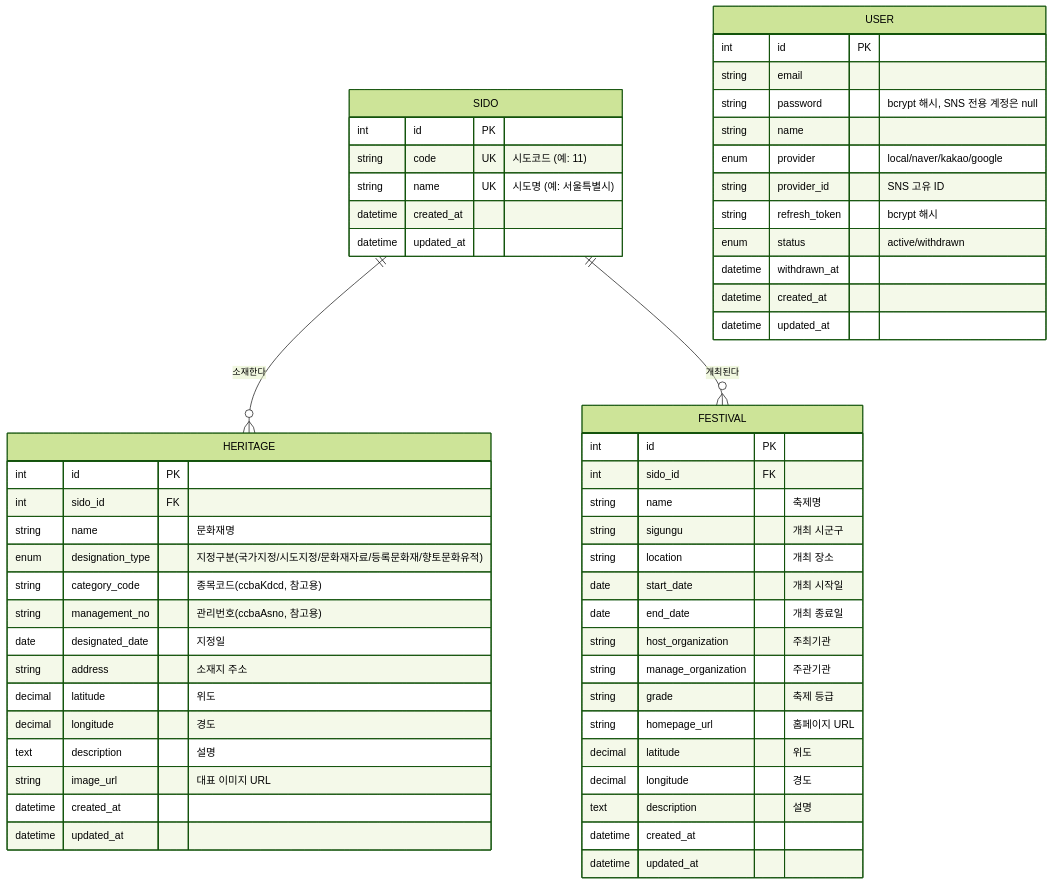
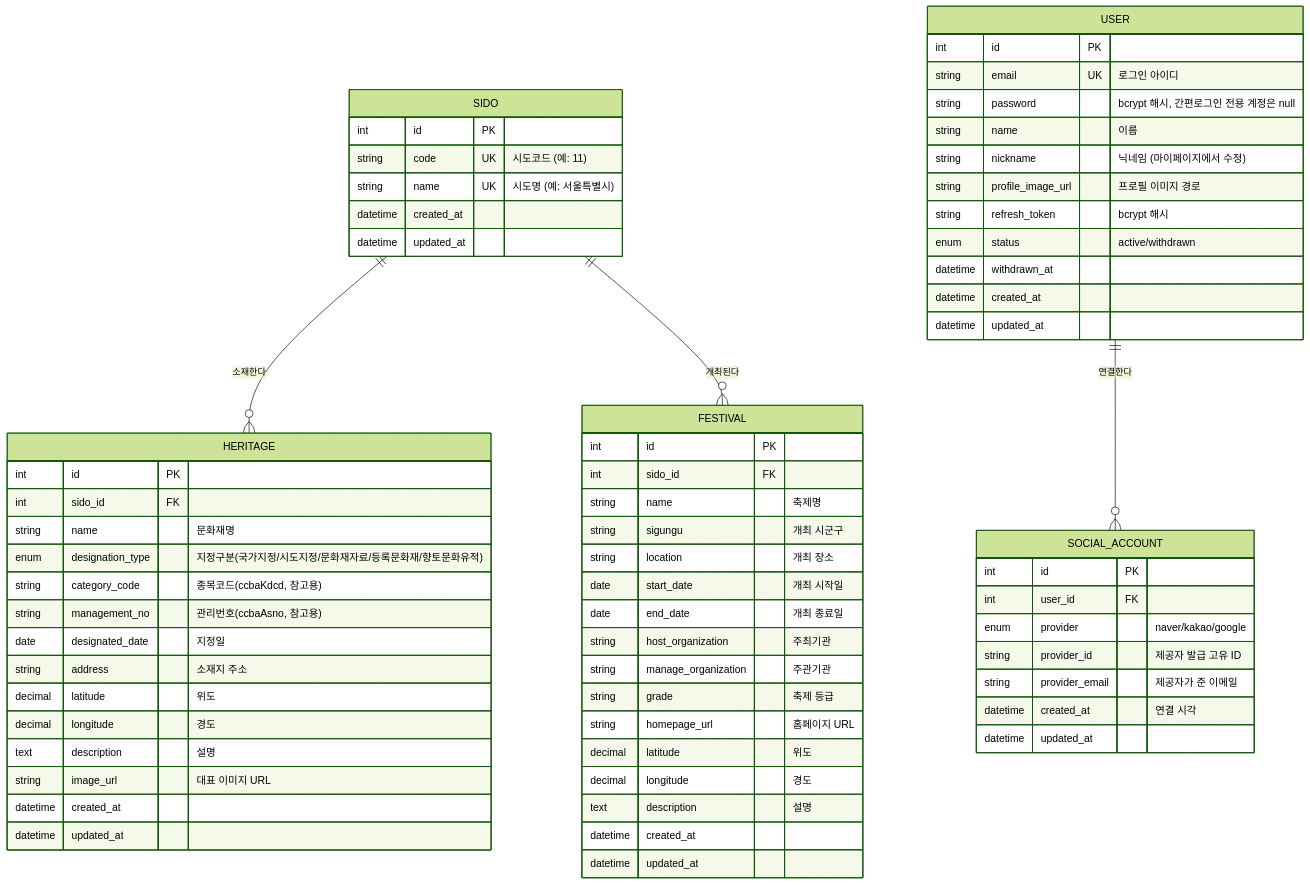
One commit to pkjuno/projectHeritage changed the diagram in backend/docs/ERD.md. Above: the diagram before and after it, drawn with Mermaid (forest theme). The commit also changed other lines of this file and 31 other files, not shown here.

````diff
--- a/backend/docs/ERD.md
+++ b/backend/docs/ERD.md
@@ -13,63 +14,74 @@
 ```mermaid
 erDiagram
     SIDO ||--o{ HERITAGE : "소재한다"
     SIDO ||--o{ FESTIVAL : "개최된다"
+    USER ||--o{ SOCIAL_ACCOUNT : "연결한다"
 
     SIDO {
         int id PK
         string code UK "시도코드 (예: 11)"
         string name UK "시도명 (예: 서울특별시)"
         datetime created_at
         datetime updated_at
     }
 
     HERITAGE {
         int id PK
         int sido_id FK
         string name "문화재명"
         enum designation_type "지정구분(국가지정/시도지정/문화재자료/등록문화재/향토문화유적)"
         string category_code "종목코드(ccbaKdcd, 참고용)"
         string management_no "관리번호(ccbaAsno, 참고용)"
         date designated_date "지정일"
         string address "소재지 주소"
         decimal latitude "위도"
         decimal longitude "경도"
         text description "설명"
         string image_url "대표 이미지 URL"
         datetime created_at
         datetime updated_at
     }
 
     FESTIVAL {
         int id PK
         int sido_id FK
         string name "축제명"
         string sigungu "개최 시군구"
         string location "개최 장소"
         date start_date "개최 시작일"
         date end_date "개최 종료일"
         string host_organization "주최기관"
         string manage_organization "주관기관"
         string grade "축제 등급"
         string homepage_url "홈페이지 URL"
         decimal latitude "위도"
         decimal longitude "경도"
         text description "설명"
         datetime created_at
         datetime updated_at
     }
 
     USER {
         int id PK
-        string email
-        string password "bcrypt 해시, SNS 전용 계정은 null"
-        string name
-        enum provider "local/naver/kakao/google"
-        string provider_id "SNS 고유 ID"
+        string email UK "로그인 아이디"
+        string password "bcrypt 해시, 간편로그인 전용 계정은 null"
+        string name "이름"
+        string nickname "닉네임 (마이페이지에서 수정)"
+        string profile_image_url "프로필 이미지 경로"
         string refresh_token "bcrypt 해시"
         enum status "active/withdrawn"
         datetime withdrawn_at
         datetime created_at
         datetime updated_at
     }
+
+    SOCIAL_ACCOUNT {
+        int id PK
+        int user_id FK
+        enum provider "naver/kakao/google"
+        string provider_id "제공자 발급 고유 ID"
+        string provider_email "제공자가 준 이메일"
+        datetime created_at "연결 시각"
+        datetime updated_at
+    }
 ```
````
